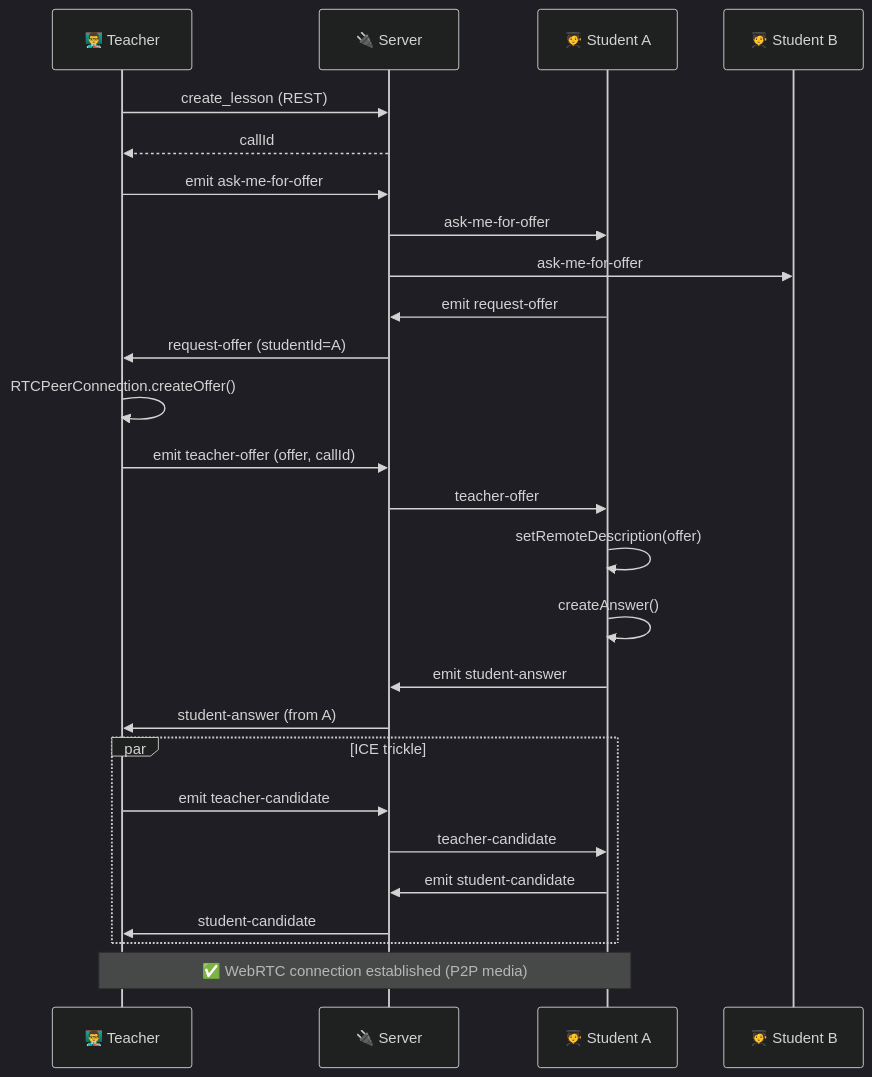
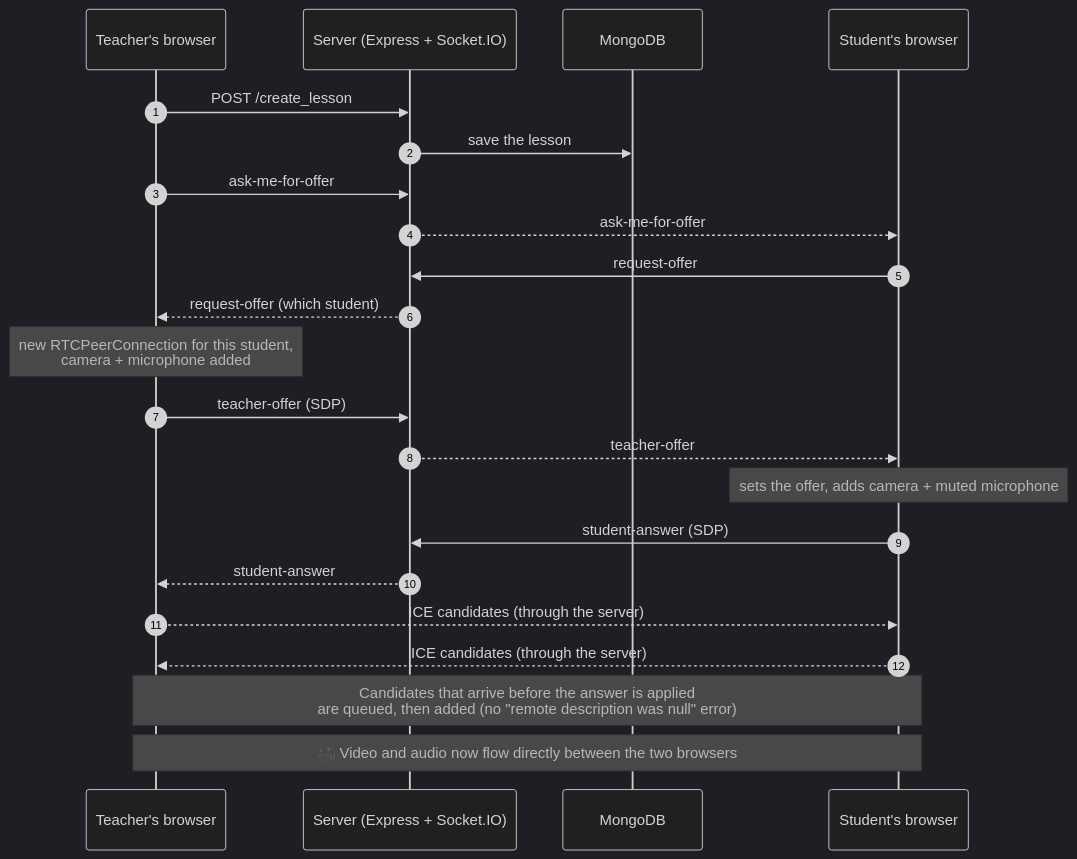
Before and after one commit to sami000khaleel/teach-me: the third of 5 diagrams in readme.md, drawn with Mermaid (dark theme). The commit also changed other lines of this file and 52 other files, not shown here.

````diff
--- a/readme.md
+++ b/readme.md
@@ -136,35 +169,25 @@
 ```mermaid
 sequenceDiagram
-    participant T as 👨‍🏫 Teacher
-    participant S as 🔌 Server
-    participant S1 as 🧑‍🎓 Student A
-    participant S2 as 🧑‍🎓 Student B
+    autonumber
+    participant T as Teacher's browser
+    participant V as Server (Express + Socket.IO)
+    participant M as MongoDB
+    participant S as Student's browser
 
-    T->>S: create_lesson (REST)
-    S-->>T: callId
-
-    T->>S: emit ask-me-for-offer
-    S->>S1: ask-me-for-offer
-    S->>S2: ask-me-for-offer
-
-    S1->>S: emit request-offer
-    S->>T: request-offer (studentId=A)
-
-    T->>T: RTCPeerConnection.createOffer()
-    T->>S: emit teacher-offer (offer, callId)
-    S->>S1: teacher-offer
-
-    S1->>S1: setRemoteDescription(offer)
-    S1->>S1: createAnswer()
-    S1->>S: emit student-answer
-    S->>T: student-answer (from A)
-
-    par ICE trickle
-        T->>S: emit teacher-candidate
-        S->>S1: teacher-candidate
-        S1->>S: emit student-candidate
-        S->>T: student-candidate
-    end
-
-    Note over T,S1: ✅ WebRTC connection established (P2P media)
+    T->>V: POST /create_lesson
+    V->>M: save the lesson
+    T->>V: ask-me-for-offer
+    V-->>S: ask-me-for-offer
+    S->>V: request-offer
+    V-->>T: request-offer (which student)
+    Note over T: new RTCPeerConnection for this student,<br/>camera + microphone added
+    T->>V: teacher-offer (SDP)
+    V-->>S: teacher-offer
+    Note over S: sets the offer, adds camera + muted microphone
+    S->>V: student-answer (SDP)
+    V-->>T: student-answer
+    T-->>S: ICE candidates (through the server)
+    S-->>T: ICE candidates (through the server)
+    Note over T,S: Candidates that arrive before the answer is applied<br/>are queued, then added (no "remote description was null" error)
+    Note over T,S: 🎥 Video and audio now flow directly between the two browsers
 ```
````
